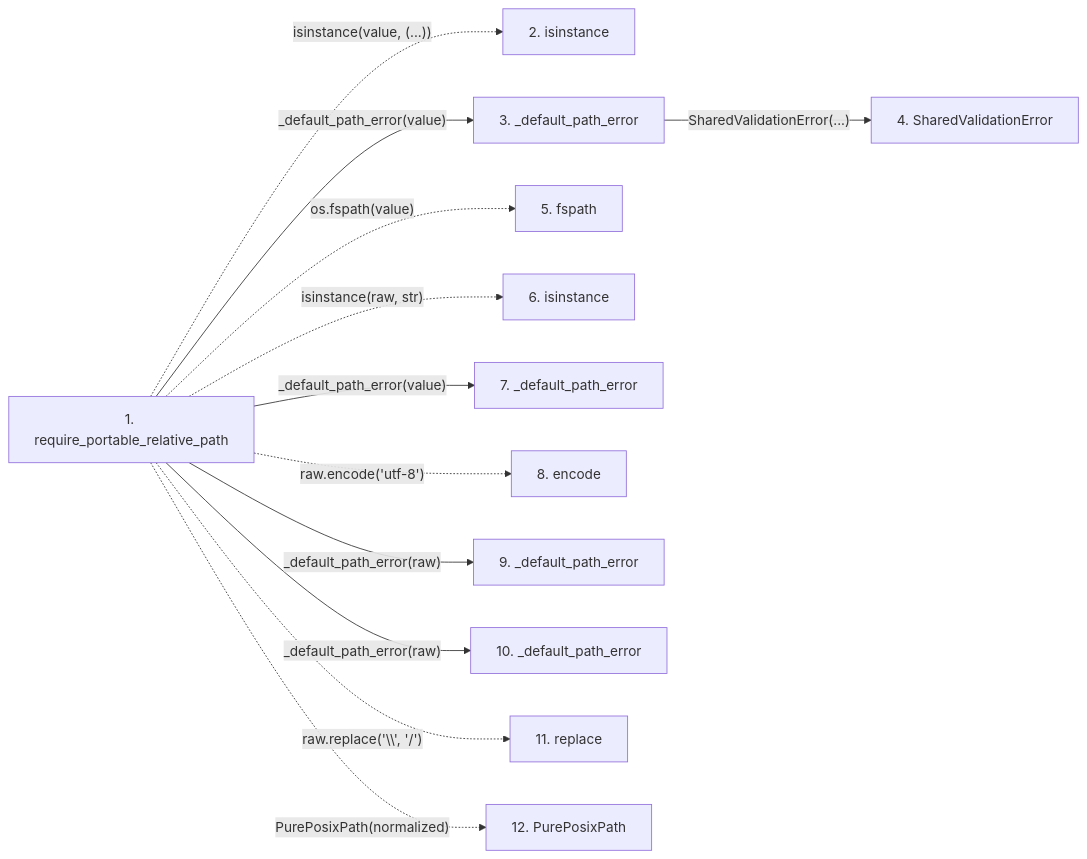
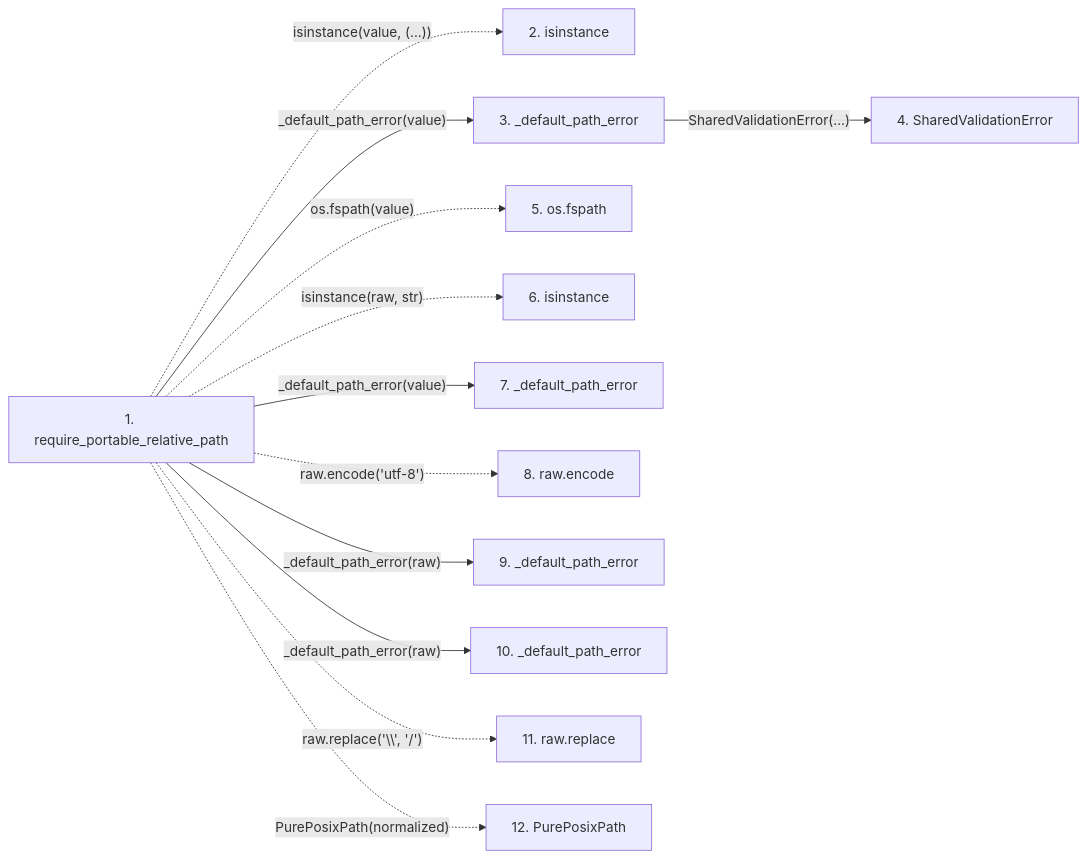
One commit to Denissvgn/python-wiki-llm changed the second of 2 diagrams in docs/llm_wiki/flows/api-require_portable_relative_path.md. Above: the diagram before and after it, drawn with Mermaid. The commit also changed other lines of this file and 719 other files, not shown here.

````diff
--- a/docs/llm_wiki/flows/api-require_portable_relative_path.md
+++ b/docs/llm_wiki/flows/api-require_portable_relative_path.md
@@ -67,32 +69,32 @@
 ```mermaid
 flowchart LR
     s1["1. require_portable_relative_path"]
     s2["2. isinstance"]
     s3["3. _default_path_error"]
     s4["4. SharedValidationError"]
-    s5["5. fspath"]
+    s5["5. os.fspath"]
     s6["6. isinstance"]
     s7["7. _default_path_error"]
-    s8["8. encode"]
+    s8["8. raw.encode"]
     s9["9. _default_path_error"]
     s10["10. _default_path_error"]
-    s11["11. replace"]
+    s11["11. raw.replace"]
     s12["12. PurePosixPath"]
     s1 -. "isinstance(value, (...))" .-> s2
     s1 -->|"_default_path_error(value)"| s3
     s3 -->|"SharedValidationError(...)"| s4
     s1 -. "os.fspath(value)" .-> s5
     s1 -. "isinstance(raw, str)" .-> s6
     s1 -->|"_default_path_error(value)"| s7
     s1 -. "raw.encode('utf-8')" .-> s8
     s1 -->|"_default_path_error(raw)"| s9
     s1 -->|"_default_path_error(raw)"| s10
     s1 -. "raw.replace('\\', '/')" .-> s11
     s1 -. "PurePosixPath(normalized)" .-> s12
     click s1 "../modules/validation.md"
     click s3 "../modules/validation.md"
     click s4 "../modules/validation.md"
     click s7 "../modules/validation.md"
     click s9 "../modules/validation.md"
     click s10 "../modules/validation.md"
 ```
````
